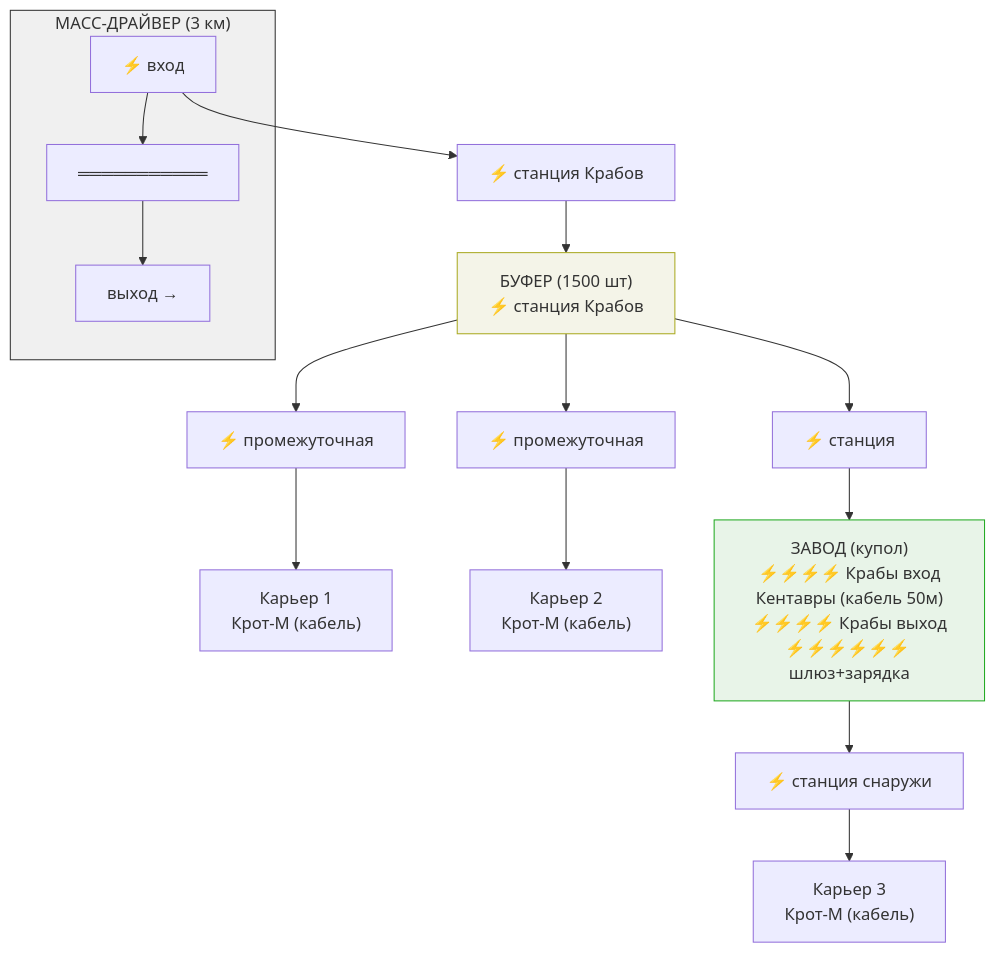
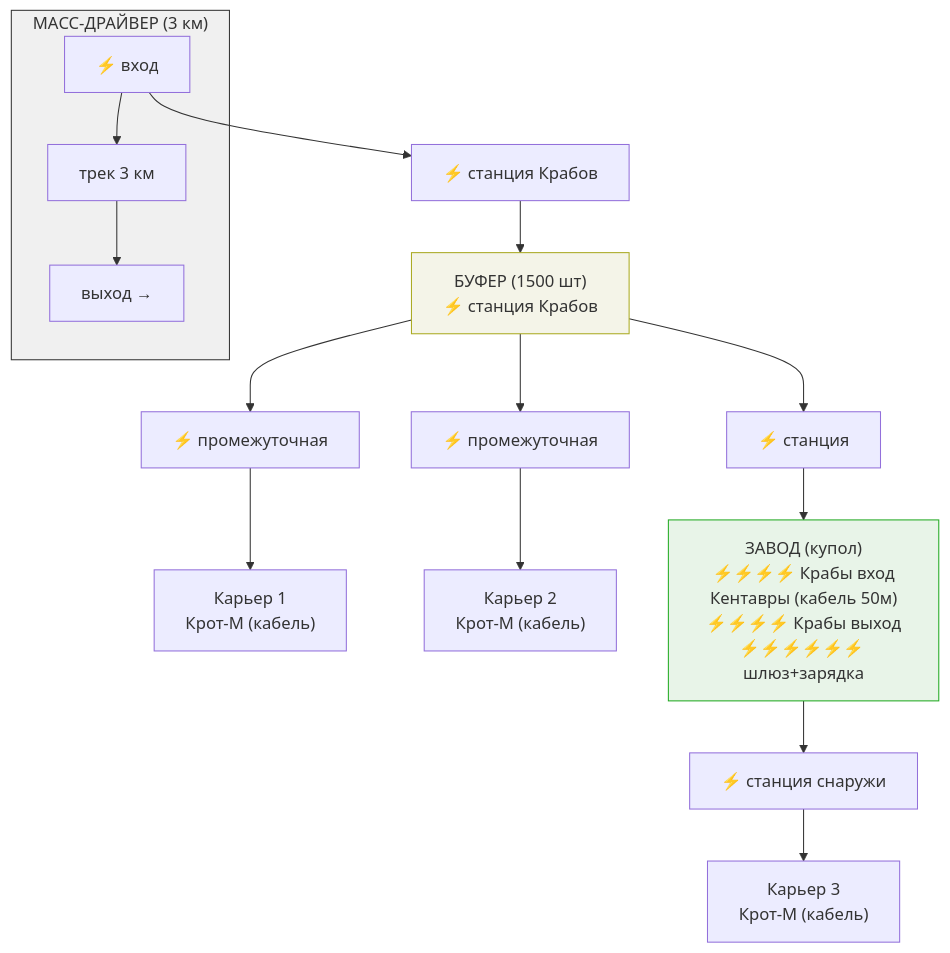
Before and after one commit to DmitryNasikanov/infinite-energy: the fourth of 6 diagrams in ru/science/detailed/production.qmd, drawn with Mermaid. The commit also changed 4 other files, not shown here.

First line of the commit message:
Fix: sidebar collapse + ASCII diagram in production.qmd

````diff
--- a/ru/science/detailed/production.qmd
+++ b/ru/science/detailed/production.qmd
@@ -443,26 +443,26 @@
 ```{mermaid}
 %%| fig-width: 10
 flowchart TB
     subgraph MD["МАСС-ДРАЙВЕР (3 км)"]
-        MD_IN["⚡ вход"] --> MD_TRACK["═══════════"] --> MD_OUT["выход →"]
+        MD_IN["⚡ вход"] --> MD_TRACK["трек 3 км"] --> MD_OUT["выход →"]
     end
 
     MD_IN --> CS1["⚡ станция Крабов"]
     CS1 --> BUF["БУФЕР (1500 шт)<br/>⚡ станция Крабов"]
 
     BUF --> INT1["⚡ промежуточная"]
     BUF --> ST["⚡ станция"]
     BUF --> INT2["⚡ промежуточная"]
 
     INT1 --> Q1["Карьер 1<br/>Крот-М (кабель)"]
     INT2 --> Q2["Карьер 2<br/>Крот-М (кабель)"]
 
     ST --> FAC["ЗАВОД (купол)<br/>⚡⚡⚡⚡ Крабы вход<br/>Кентавры (кабель 50м)<br/>⚡⚡⚡⚡ Крабы выход<br/>⚡⚡⚡⚡⚡⚡ шлюз+зарядка"]
 
     FAC --> EXT["⚡ станция снаружи"]
     EXT --> Q3["Карьер 3<br/>Крот-М (кабель)"]
 
     style MD fill:#f0f0f0,stroke:#333
     style FAC fill:#e8f4e8,stroke:#2a2
     style BUF fill:#f4f4e8,stroke:#aa2
 ```
````
